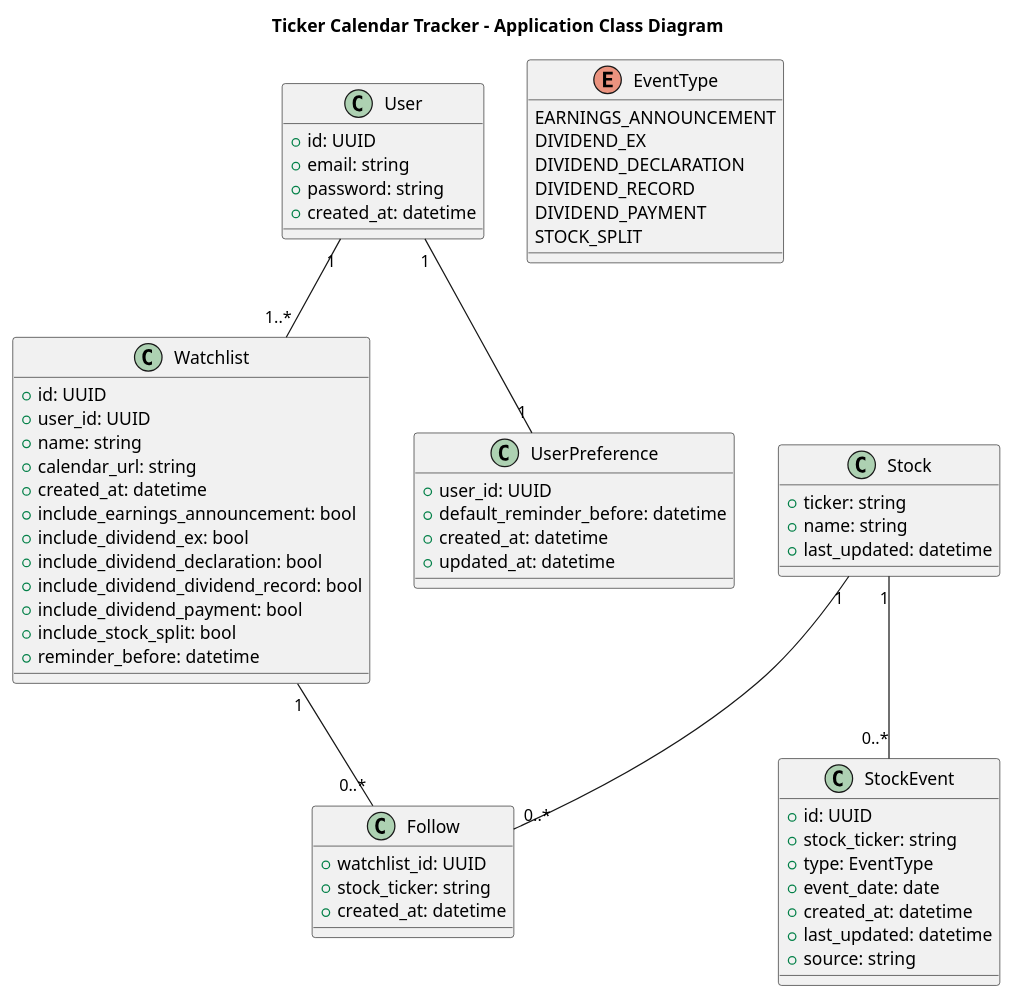
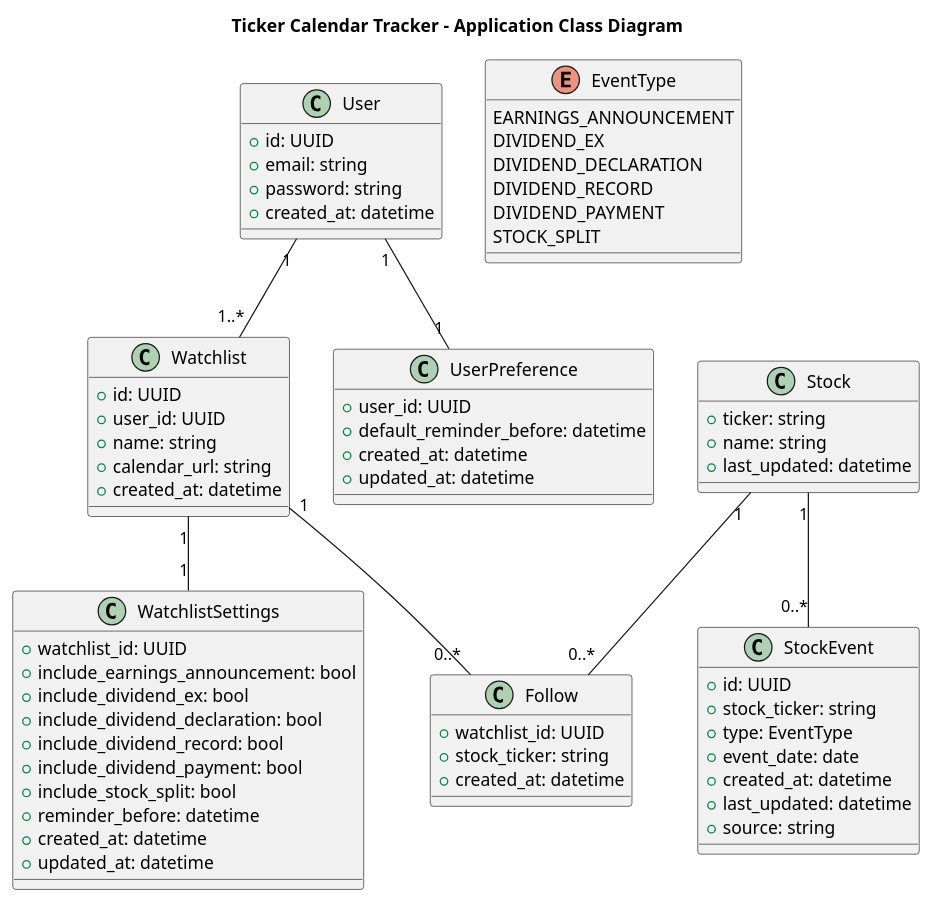
The diagram in docs/uml/class_diagram_application.puml (PhilippXXY/ticker-cal-tracker), drawn with PlantUML before and after one commit. The commit also changed 2 other files, not shown here.

Commit message:
Add watchlist settings table and update seed data for watchlists

```diff
--- a/docs/uml/class_diagram_application.puml
+++ b/docs/uml/class_diagram_application.puml
@@ -1,69 +1,76 @@
 @startuml class_diagram_application
 title Ticker Calendar Tracker - Application Class Diagram
 
 class User {
   +id: UUID
   +email: string
   +password: string
   +created_at: datetime
 }
 
 class Stock {
   +ticker: string
   +name: string
   +last_updated: datetime
 }
 
 class Follow {
   +watchlist_id: UUID
   +stock_ticker: string
   +created_at: datetime
 }
 
 enum EventType {
   EARNINGS_ANNOUNCEMENT
   DIVIDEND_EX
   DIVIDEND_DECLARATION
   DIVIDEND_RECORD
   DIVIDEND_PAYMENT
   STOCK_SPLIT
 }
 
 class StockEvent {
   +id: UUID
   +stock_ticker: string
   +type: EventType
   +event_date: date
   +created_at: datetime
   +last_updated: datetime
   +source: string
 }
 
 class Watchlist {
   +id: UUID
   +user_id: UUID
   +name: string
   +calendar_url: string
   +created_at: datetime
+}
+
+class WatchlistSettings {
+  +watchlist_id: UUID
   +include_earnings_announcement: bool
   +include_dividend_ex: bool
   +include_dividend_declaration: bool
-  +include_dividend_dividend_record: bool
+  +include_dividend_record: bool
   +include_dividend_payment: bool
   +include_stock_split: bool
   +reminder_before: datetime
+  +created_at: datetime
+  +updated_at: datetime
 }
 
 class UserPreference {
   +user_id: UUID
   +default_reminder_before: datetime
   +created_at: datetime
   +updated_at: datetime
 }
 
 Watchlist "1" -- "0..*" Follow
+Watchlist "1" -- "1" WatchlistSettings
 Stock "1" -- "0..*" Follow
 Stock "1" -- "0..*" StockEvent
 User "1" -- "1..*" Watchlist
 User "1" -- "1" UserPreference
 @enduml
```
